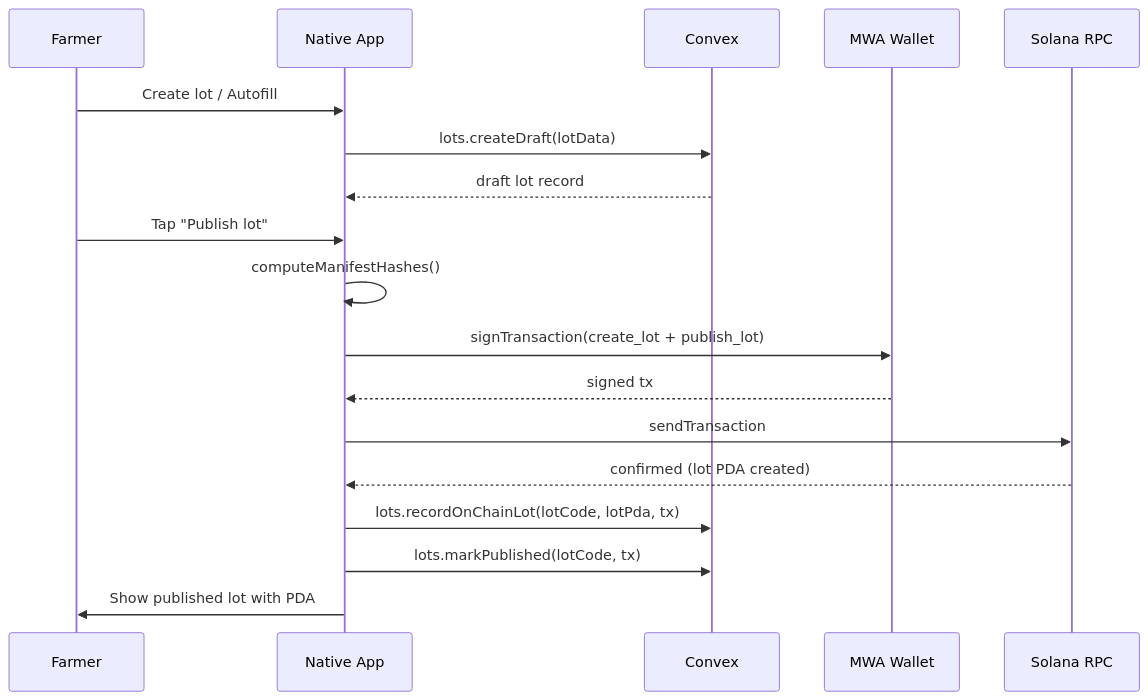
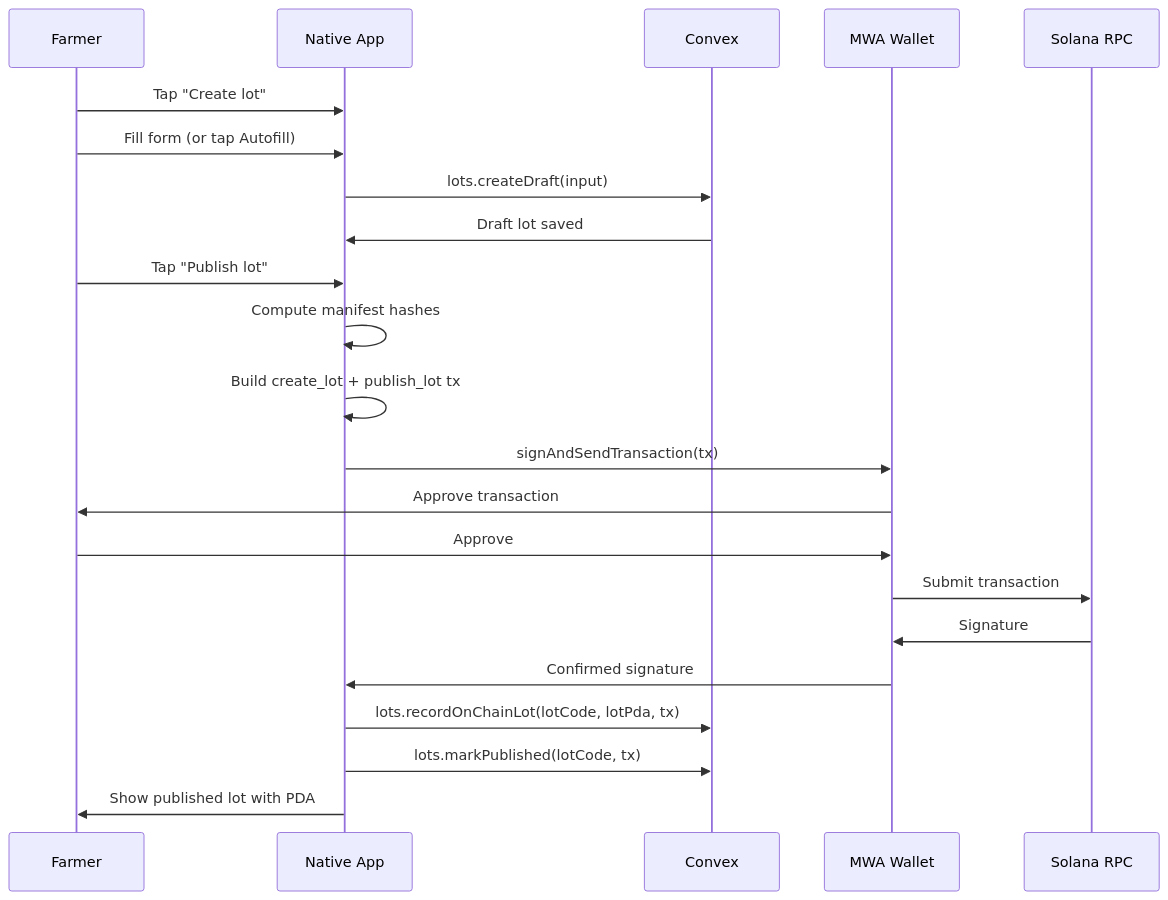
One commit to Experenta/hackathon-miami-harvverse-sol changed the third of 8 diagrams in .kiro/specs/solana-mobile-app/design.md. Above: the diagram before and after it, drawn with Mermaid. The commit also changed other lines of this file and 29 other files, not shown here.

````diff
--- a/.kiro/specs/solana-mobile-app/design.md
+++ b/.kiro/specs/solana-mobile-app/design.md
@@ -84,21 +79,25 @@
 ```mermaid
 sequenceDiagram
     participant Farmer
     participant App as Native App
     participant Convex
     participant MWA as MWA Wallet
     participant RPC as Solana RPC
 
-    Farmer->>App: Create lot / Autofill
-    App->>Convex: lots.createDraft(lotData)
-    Convex-->>App: draft lot record
+    Farmer->>App: Tap "Create lot"
+    Farmer->>App: Fill form (or tap Autofill)
+    App->>Convex: lots.createDraft(input)
+    Convex->>App: Draft lot saved
     Farmer->>App: Tap "Publish lot"
-    App->>App: computeManifestHashes()
-    App->>MWA: signTransaction(create_lot + publish_lot)
-    MWA-->>App: signed tx
-    App->>RPC: sendTransaction
-    RPC-->>App: confirmed (lot PDA created)
+    App->>App: Compute manifest hashes
+    App->>App: Build create_lot + publish_lot tx
+    App->>MWA: signAndSendTransaction(tx)
+    MWA->>Farmer: Approve transaction
+    Farmer->>MWA: Approve
+    MWA->>RPC: Submit transaction
+    RPC->>MWA: Signature
+    MWA->>App: Confirmed signature
     App->>Convex: lots.recordOnChainLot(lotCode, lotPda, tx)
     App->>Convex: lots.markPublished(lotCode, tx)
     App->>Farmer: Show published lot with PDA
 ```
````
